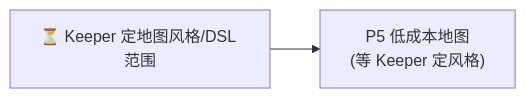
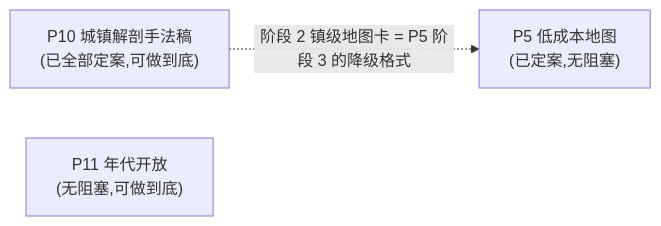
The diagram in update_plan/README.md (Mzihong/coc-keeper-kit), drawn with Mermaid before and after one commit. The commit also changed other lines of this file and 63 other files, not shown here.

````diff
--- a/update_plan/README.md
+++ b/update_plan/README.md
@@ -24,7 +26,8 @@
 ```mermaid
 graph LR
-    P5["P5 低成本地图<br/>(等 Keeper 定风格)"]
-    KeeperMap["⏳ Keeper 定地图风格/DSL 范围"]
+    P5["P5 低成本地图<br/>(已定案,无阻塞)"]
+    P10["P10 城镇解剖手法稿<br/>(已全部定案,可做到底)"]
+    P11["P11 年代开放<br/>(无阻塞,可做到底)"]
 
-    KeeperMap --> P5
+    P10 -. 阶段 2 镇级地图卡 = P5 阶段 3 的降级格式 .-> P5
 ```
````
